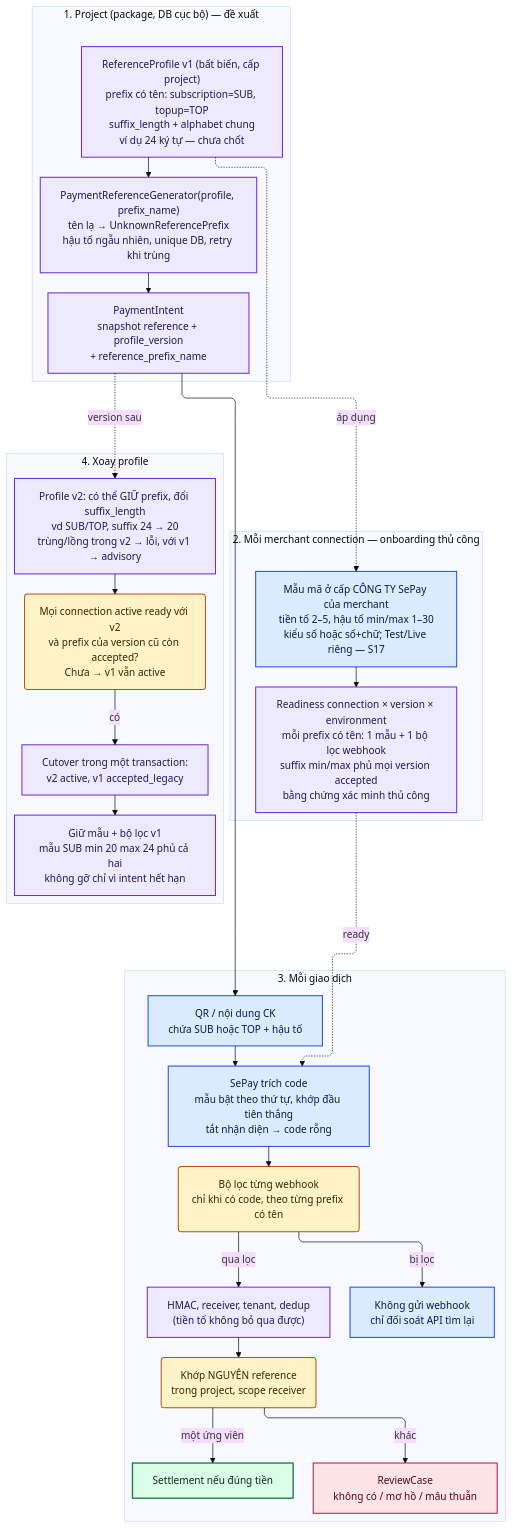
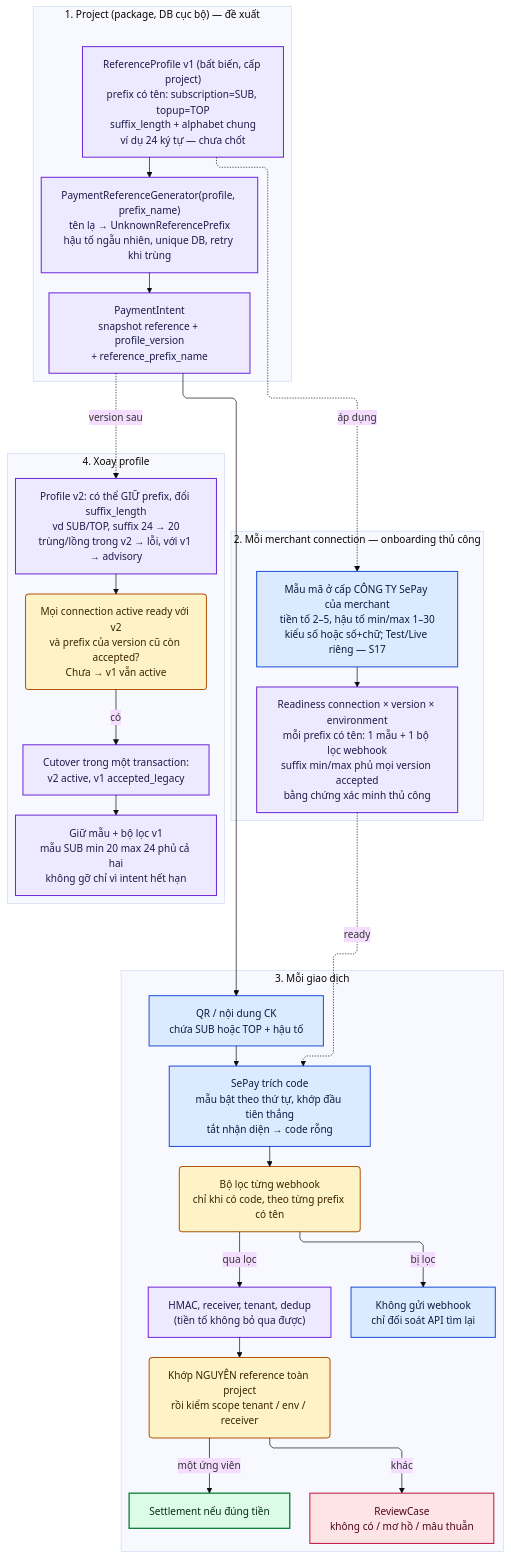
The diagram in diagrams/13-reference-pattern-lifecycle.md (phanhaitrieu37/payment-modules), drawn with Mermaid before and after one commit. The commit also changed 14 other files, not shown here.

Commit message:
docs: tighten ownership and scope constraints before schema freeze

````diff
--- a/diagrams/13-reference-pattern-lifecycle.md
+++ b/diagrams/13-reference-pattern-lifecycle.md
@@ -18,68 +18,68 @@
 ```mermaid
 ---
 config:
   theme: base
   fontFamily: Arial, Helvetica, sans-serif
   layout: elk
   flowchart:
     curve: linear
     nodeSpacing: 50
     rankSpacing: 70
     diagramPadding: 32
     wrappingWidth: 240
   themeVariables:
     fontFamily: "Arial, Helvetica, sans-serif"
     fontSize: 15px
 ---
 flowchart TB
   subgraph CFG["1. Project (package, DB cục bộ) — đề xuất"]
     direction TB
     PR["ReferenceProfile v1 (bất biến, cấp project)<br/>prefix có tên: subscription=SUB, topup=TOP<br/>suffix_length + alphabet chung<br/>ví dụ 24 ký tự — chưa chốt"]
     GEN["PaymentReferenceGenerator(profile, prefix_name)<br/>tên lạ → UnknownReferencePrefix<br/>hậu tố ngẫu nhiên, unique DB, retry khi trùng"]
     INT["PaymentIntent<br/>snapshot reference + profile_version<br/>+ reference_prefix_name"]
   end
   subgraph MER["2. Mỗi merchant connection — onboarding thủ công"]
     direction TB
     TPL["Mẫu mã ở cấp CÔNG TY SePay của merchant<br/>tiền tố 2–5, hậu tố min/max 1–30<br/>kiểu số hoặc số+chữ; Test/Live riêng — S17"]
     CHK["Readiness connection × version × environment<br/>mỗi prefix có tên: 1 mẫu + 1 bộ lọc webhook<br/>suffix min/max phủ mọi version accepted<br/>bằng chứng xác minh thủ công"]
   end
   subgraph RUN["3. Mỗi giao dịch"]
     direction TB
     QR["QR / nội dung CK<br/>chứa SUB hoặc TOP + hậu tố"]
     EXT["SePay trích code<br/>mẫu bật theo thứ tự, khớp đầu tiên thắng<br/>tắt nhận diện → code rỗng"]
     FIL("Bộ lọc từng webhook<br/>chỉ khi có code, theo từng prefix có tên")
     DROP["Không gửi webhook<br/>chỉ đối soát API tìm lại"]
     VER["HMAC, receiver, tenant, dedup<br/>(tiền tố không bỏ qua được)"]
-    MAT("Khớp NGUYÊN reference<br/>trong project, scope receiver")
+    MAT("Khớp NGUYÊN reference toàn project<br/>rồi kiểm scope tenant / env / receiver")
     OK["Settlement nếu đúng tiền"]
     REV["ReviewCase<br/>không có / mơ hồ / mâu thuẫn"]
   end
   subgraph ROT["4. Xoay profile"]
     direction TB
     V2["Profile v2: có thể GIỮ prefix, đổi suffix_length<br/>vd SUB/TOP, suffix 24 → 20<br/>trùng/lồng trong v2 → lỗi, với v1 → advisory"]
     GATE("Mọi connection active ready với v2<br/>và prefix của version cũ còn accepted?<br/>Chưa → v1 vẫn active")
     CUT["Cutover trong một transaction:<br/>v2 active, v1 accepted_legacy"]
     KEEP["Giữ mẫu + bộ lọc v1<br/>mẫu SUB min 20 max 24 phủ cả hai<br/>không gỡ chỉ vì intent hết hạn"]
   end
   PR --> GEN --> INT --> QR --> EXT --> FIL
   PR -.->|"áp dụng"| TPL --> CHK
   CHK -.->|"ready"| EXT
   FIL -->|"qua lọc"| VER --> MAT
   FIL -->|"bị lọc"| DROP
   MAT -->|"một ứng viên"| OK
   MAT -->|"khác"| REV
   INT -.->|"version sau"| V2
   V2 --> GATE
   GATE -->|"có"| CUT
   CUT --> KEEP
   classDef prop fill:#ede9fe,stroke:#6d28d9,color:#1e1b4b,stroke-width:1.5px;
   classDef ext fill:#dbeafe,stroke:#1d4ed8,color:#0b1b3f,stroke-width:1.5px;
   classDef ok fill:#dcfce7,stroke:#15803d,color:#052e16,stroke-width:2px;
   classDef bad fill:#ffe4e6,stroke:#be123c,color:#4c0519,stroke-width:1.5px;
   classDef gate fill:#fef3c7,stroke:#b45309,color:#3b2303,stroke-width:1.5px;
   class PR,GEN,INT,CHK,V2,CUT,KEEP,VER prop;
   class TPL,QR,EXT,DROP ext;
   class OK ok;
   class REV bad;
   class FIL,MAT,GATE gate;
 ```
````
